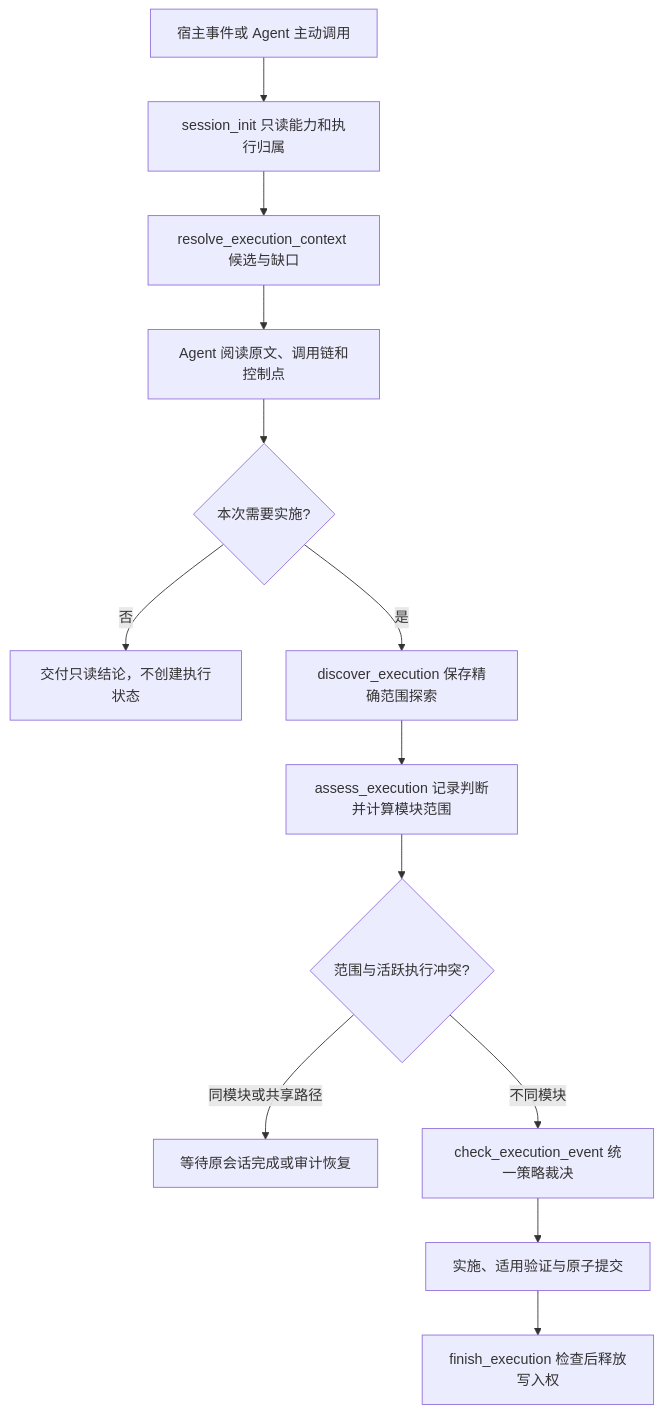
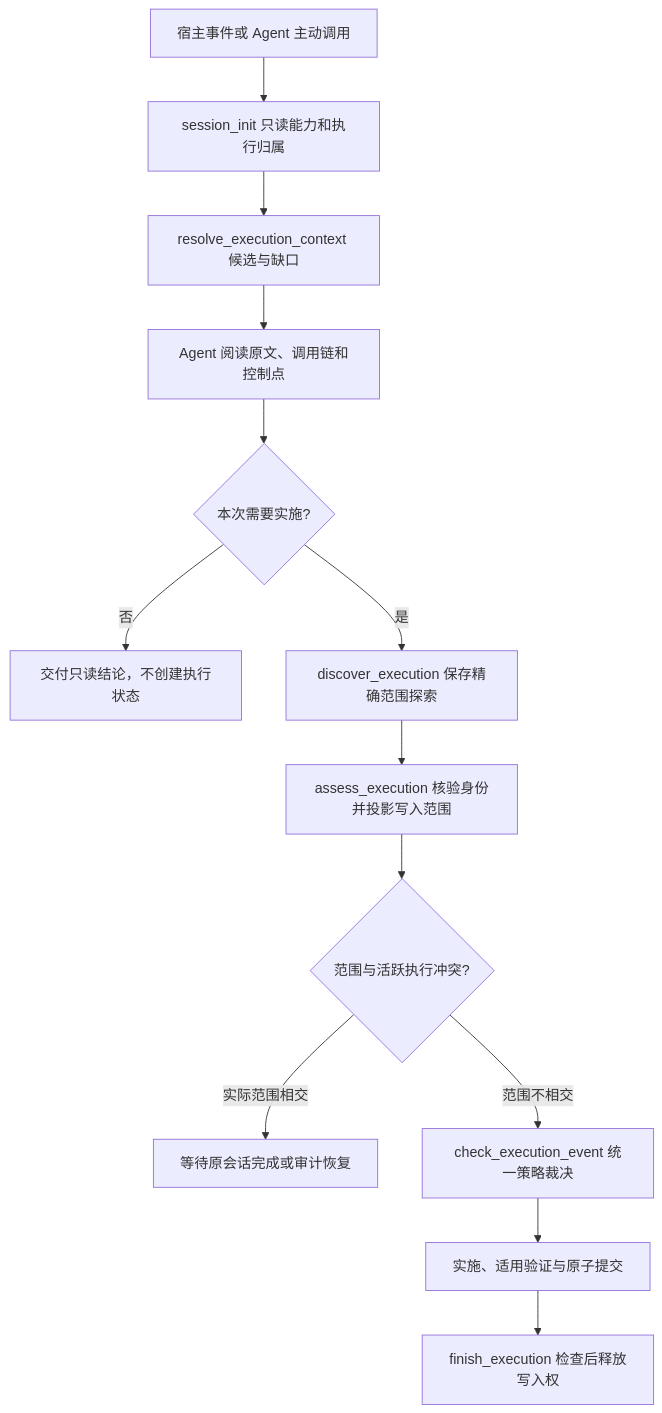
The first of 7 diagrams in docs/ai-coding-architecture.md (exception-coder/kai-toolbox), drawn with Mermaid before and after one commit. The commit also changed other lines of this file and 10 other files, not shown here.

````diff
--- a/docs/ai-coding-architecture.md
+++ b/docs/ai-coding-architecture.md
@@ -44,15 +44,15 @@
 ```mermaid
 flowchart TD
     HOST["宿主事件或 Agent 主动调用"] --> INIT["session_init 只读能力和执行归属"]
     INIT --> CONTEXT["resolve_execution_context 候选与缺口"]
     CONTEXT --> AGENT["Agent 阅读原文、调用链和控制点"]
     AGENT --> INTENT{"本次需要实施?"}
     INTENT -->|"否"| ANSWER["交付只读结论，不创建执行状态"]
     INTENT -->|"是"| DISCOVER["discover_execution 保存精确范围探索"]
-    DISCOVER --> ASSESS["assess_execution 记录判断并计算模块范围"]
+    DISCOVER --> ASSESS["assess_execution 核验身份并投影写入范围"]
     ASSESS --> CLAIM{"范围与活跃执行冲突?"}
-    CLAIM -->|"同模块或共享路径"| WAIT["等待原会话完成或审计恢复"]
-    CLAIM -->|"不同模块"| EVENT["check_execution_event 统一策略裁决"]
+    CLAIM -->|"实际范围相交"| WAIT["等待原会话完成或审计恢复"]
+    CLAIM -->|"范围不相交"| EVENT["check_execution_event 统一策略裁决"]
     EVENT --> EDIT["实施、适用验证与原子提交"]
     EDIT --> FINISH["finish_execution 检查后释放写入权"]
 ```
````
